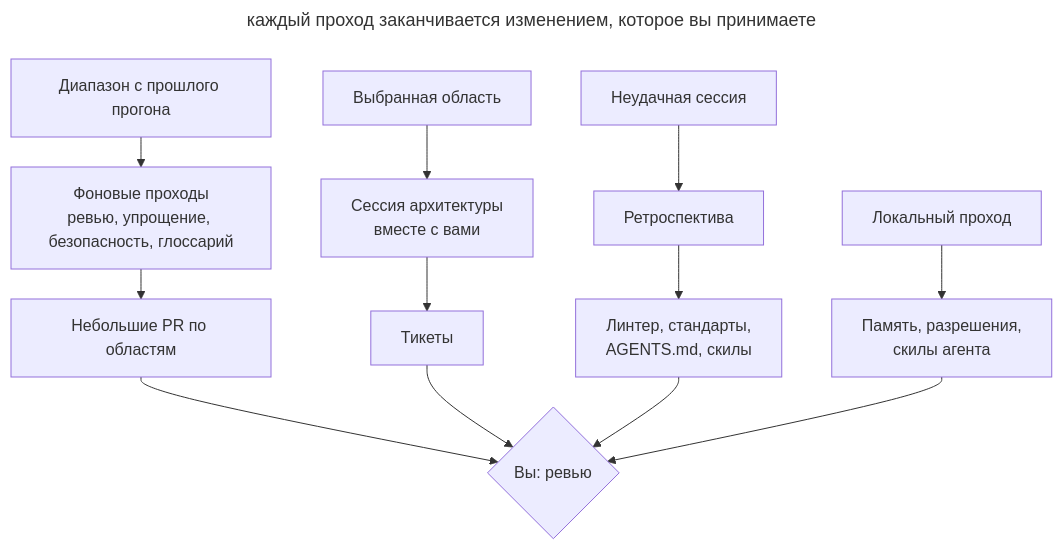
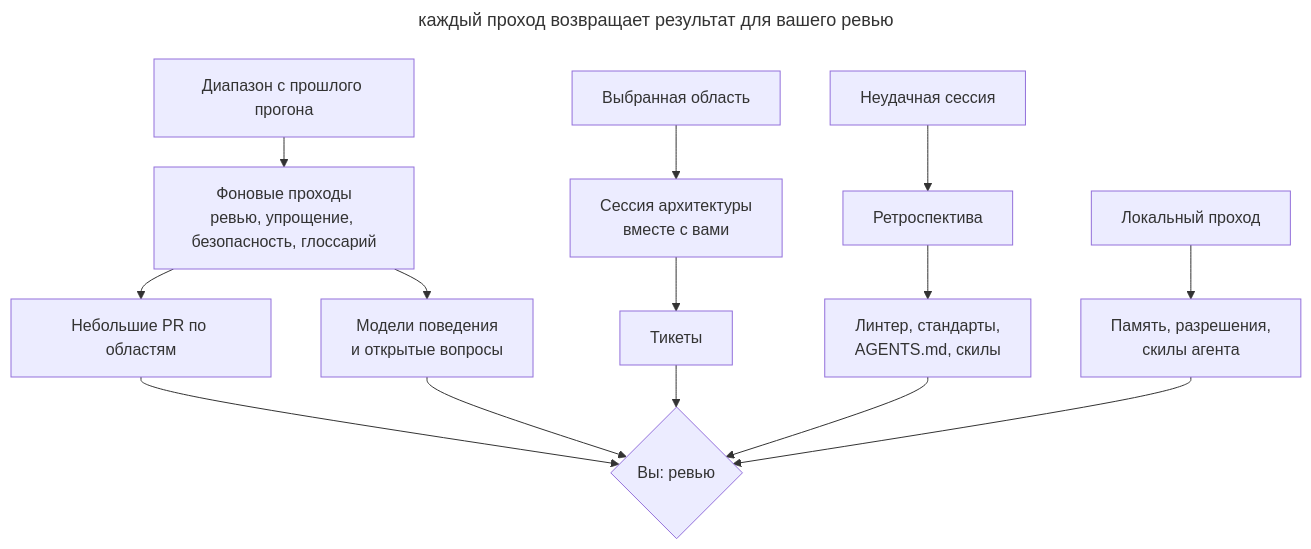
One commit to mokevnin/agentic-coding-design-patterns changed the diagram in book/ru/scheduled-maintenance.md. Above: the diagram before and after it, drawn with Mermaid. The commit also changed other lines of this file and 12 other files, not shown here.

````diff
--- a/book/ru/scheduled-maintenance.md
+++ b/book/ru/scheduled-maintenance.md
@@ -40,20 +42,22 @@
 ```mermaid
 ---
-title: каждый проход заканчивается изменением, которое вы принимаете
+title: каждый проход возвращает результат для вашего ревью
 config:
   flowchart:
     rankSpacing: 30
 ---
 flowchart TB
   range["Диапазон с прошлого прогона"] --> cloud["Фоновые проходы<br/>ревью, упрощение, безопасность, глоссарий"]:::accent
   cloud --> prs["Небольшие PR по областям"]
+  cloud --> models["Модели поведения<br/>и открытые вопросы"]
   area["Выбранная область"] --> arch["Сессия архитектуры<br/>вместе с вами"]
   arch --> tickets["Тикеты"]
   fail["Неудачная сессия"]:::warn --> retro["Ретроспектива"]
   retro --> env["Линтер, стандарты,<br/>AGENTS.md, скилы"]
   local["Локальный проход"]:::muted --> tool["Память, разрешения,<br/>скилы агента"]
   prs --> you{"Вы: ревью"}:::accent
+  models --> you
   tickets --> you
   env --> you
   tool --> you
 ```
````
